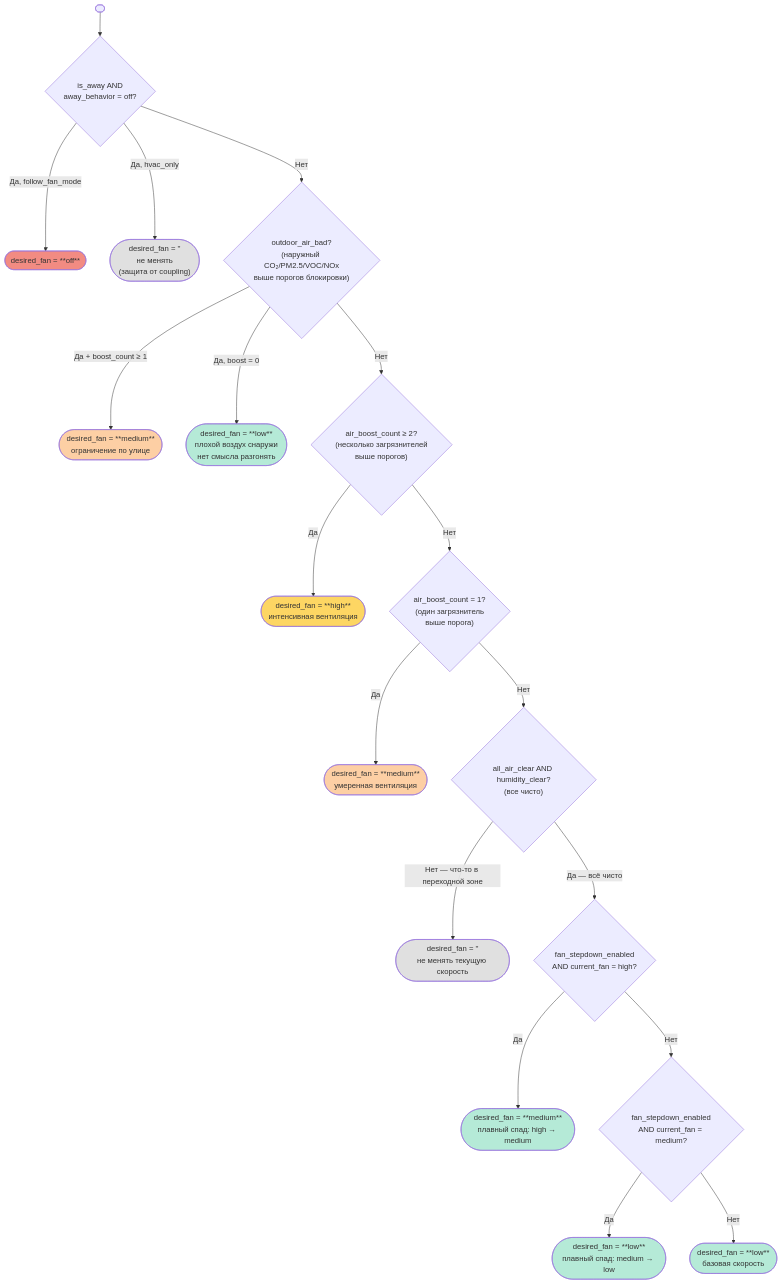
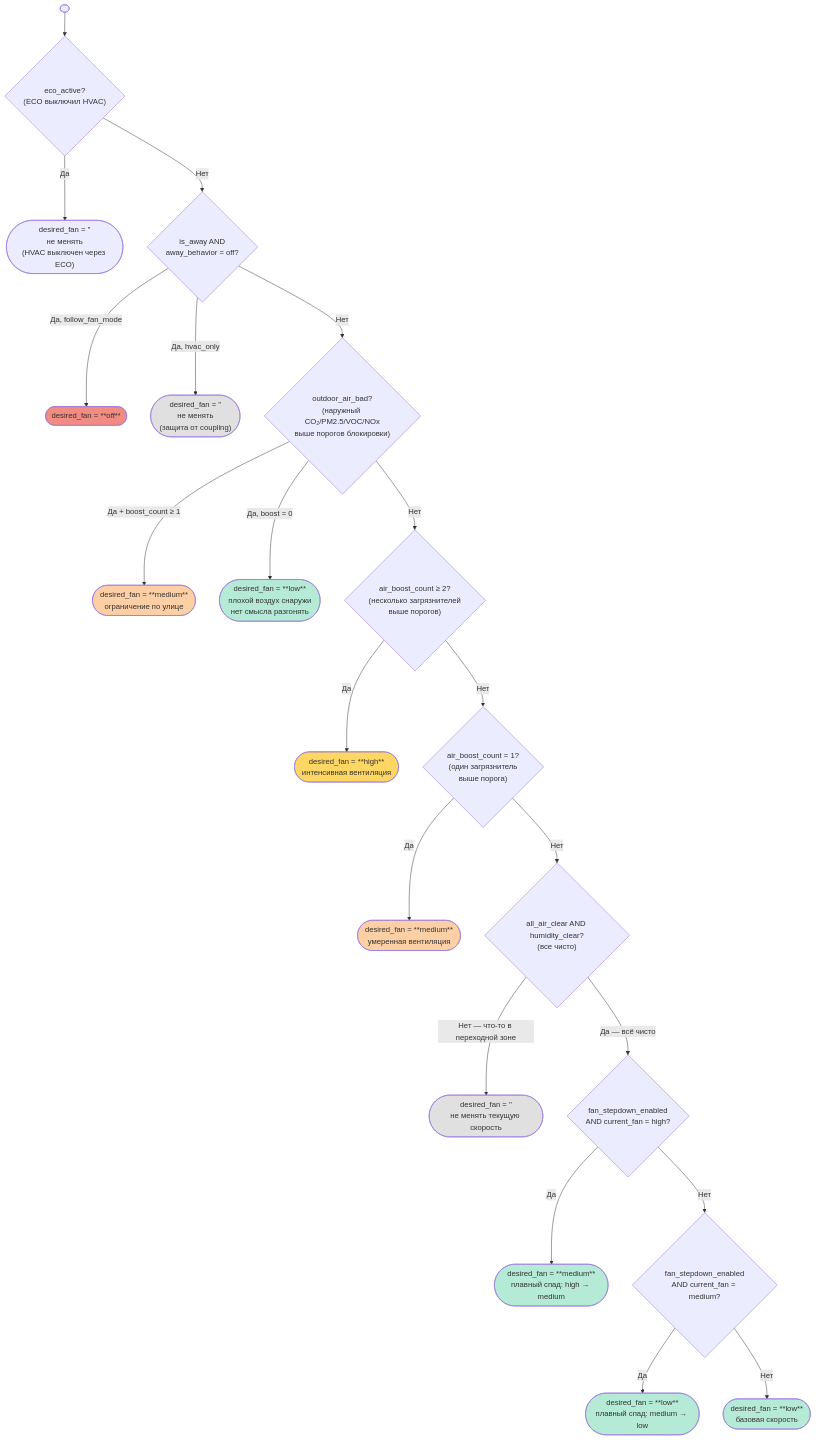
The fourth of 6 diagrams in docs/LOGIC.md (Gfermoto/hass-PVU), drawn with Mermaid before and after one commit. The commit also changed other lines of this file and 4 other files, not shown here.

````diff
--- a/docs/LOGIC.md
+++ b/docs/LOGIC.md
@@ -98,38 +98,41 @@
 ```mermaid
 flowchart TD
-    START([" "]) --> A{"is_away AND\naway_behavior = off?"}
+    START([" "]) --> ECO{"eco_active?\n(ECO выключил HVAC)"}
+
+    ECO -->|Да| F_ECO(["desired_fan = ''\nне менять\n(HVAC выключен через ECO)"])
+    ECO -->|Нет| A{"is_away AND\naway_behavior = off?"}
 
     A -->|Да, follow_fan_mode| F_OFF(["desired_fan = **off**"])
     A -->|Да, hvac_only| F_SKIP(["desired_fan = '' \nне менять\n(защита от coupling)"])
     A -->|Нет| B{"outdoor_air_bad?\n(наружный CO₂/PM2.5/VOC/NOx\nвыше порогов блокировки)"}
 
     B -->|Да + boost_count ≥ 1| F_MED1(["desired_fan = **medium**\nограничение по улице"])
     B -->|Да, boost = 0| F_LOW1(["desired_fan = **low**\nплохой воздух снаружи\nнет смысла разгонять"])
     B -->|Нет| C{"air_boost_count ≥ 2?\n(несколько загрязнителей\nвыше порогов)"}
 
     C -->|Да| F_HIGH(["desired_fan = **high**\nинтенсивная вентиляция"])
     C -->|Нет| D{"air_boost_count = 1?\n(один загрязнитель\nвыше порога)"}
 
     D -->|Да| F_MED2(["desired_fan = **medium**\nумеренная вентиляция"])
     D -->|Нет| E{"all_air_clear AND humidity_clear?\n(все чисто)"}
 
     E -->|Нет — что-то в переходной зоне| F_HOLD(["desired_fan = ''\nне менять текущую скорость"])
     E -->|Да — всё чисто| F{"fan_stepdown_enabled\nAND current_fan = high?"}
 
     F -->|Да| F_DOWN1(["desired_fan = **medium**\nплавный спад: high → medium"])
     F -->|Нет| G{"fan_stepdown_enabled\nAND current_fan = medium?"}
 
     G -->|Да| F_DOWN2(["desired_fan = **low**\nплавный спад: medium → low"])
     G -->|Нет| F_LOW2(["desired_fan = **low**\nбазовая скорость"])
 
     style F_OFF fill:#f28b82
     style F_HIGH fill:#fdd663
     style F_MED1 fill:#fdcfa4
     style F_MED2 fill:#fdcfa4
     style F_LOW1 fill:#b5ead7
     style F_LOW2 fill:#b5ead7
     style F_DOWN1 fill:#b5ead7
     style F_DOWN2 fill:#b5ead7
     style F_SKIP fill:#e0e0e0
     style F_HOLD fill:#e0e0e0
 ```
````
